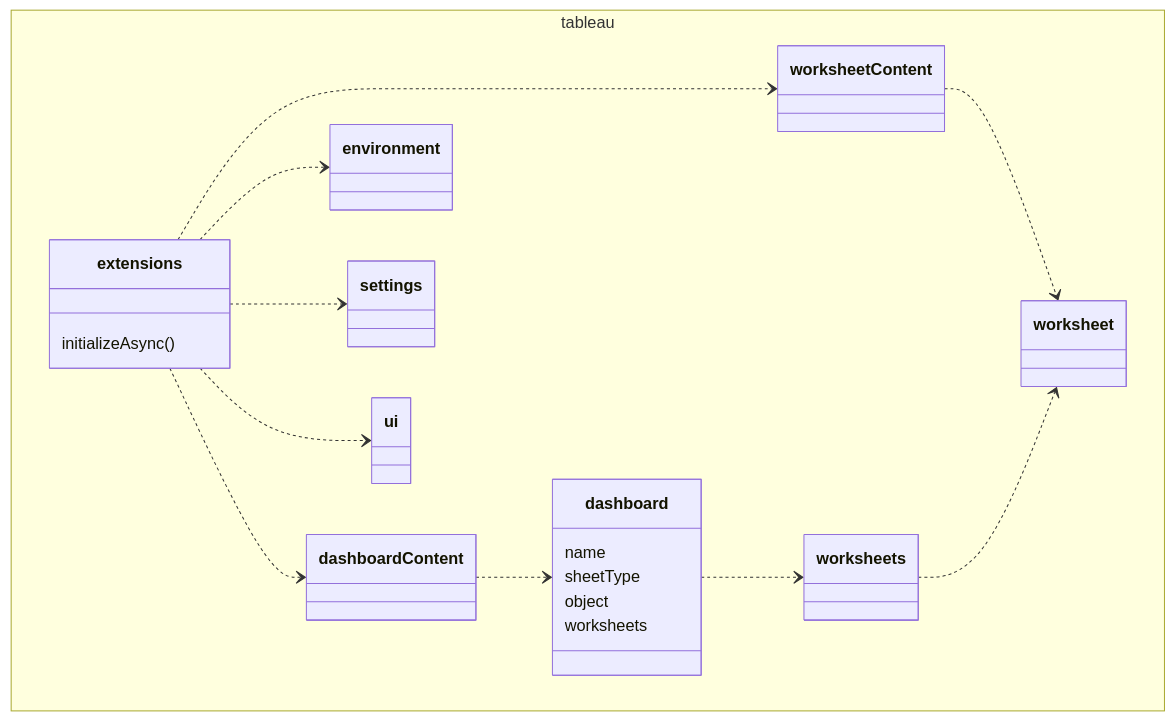
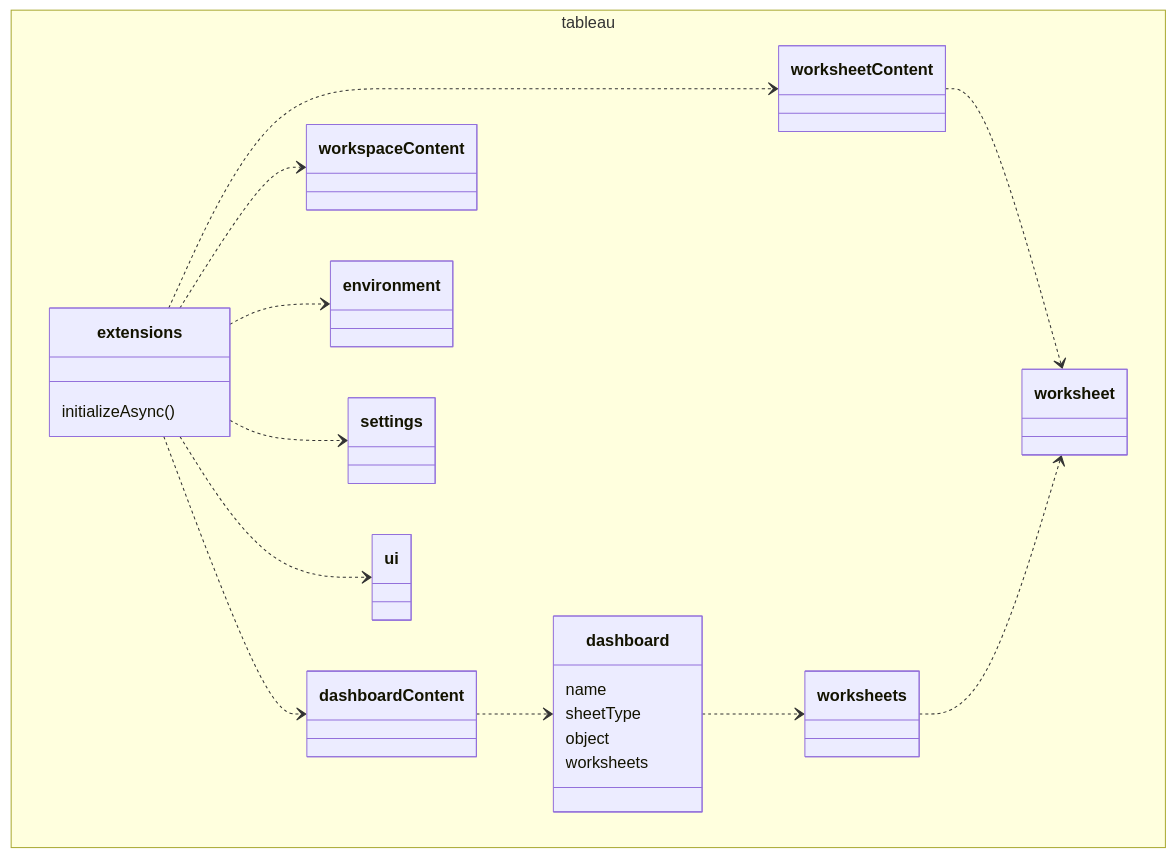
Before and after one commit to tableau/extensions-api: the second of 2 diagrams in website/docs/trex_api_about.md, drawn with Mermaid. The commit also changed other lines of this file and 27 other files, not shown here.

````diff
--- a/website/docs/trex_api_about.md
+++ b/website/docs/trex_api_about.md
@@ -135,48 +175,50 @@
 ```mermaid
 
 classDiagram
     namespace tableau {  
         class extensions
         class dashboardContent
         class worksheetContent
+        class workspaceContent
         class worksheet
         class dashboard
         class environment
         class settings
         class ui
         class worksheets
     }
 
     class extensions
     extensions ..> dashboardContent
     extensions ..> worksheetContent
+    extensions ..> workspaceContent
     extensions ..> environment
     extensions ..> settings
     extensions ..> ui
     extensions: initializeAsync()
     
 
 
     class worksheetContent
     worksheetContent ..> worksheet 
 
     class dashboardContent 
       dashboardContent ..> dashboard
       dashboard
       worksheets
 
       class dashboard {
         name
         sheetType
         object
         worksheets 
 
       }
       dashboard ..> worksheets
       worksheets ..> worksheet
 
      class worksheets
 
      class worksheet
 
 ```
````
